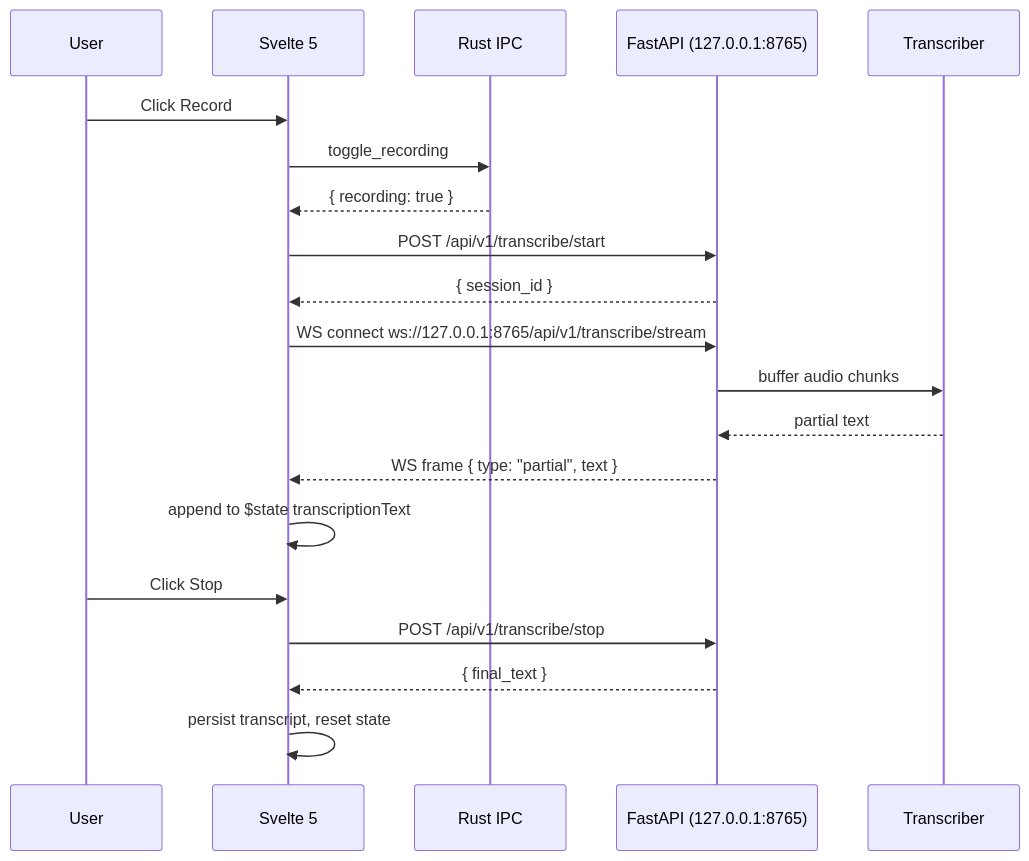
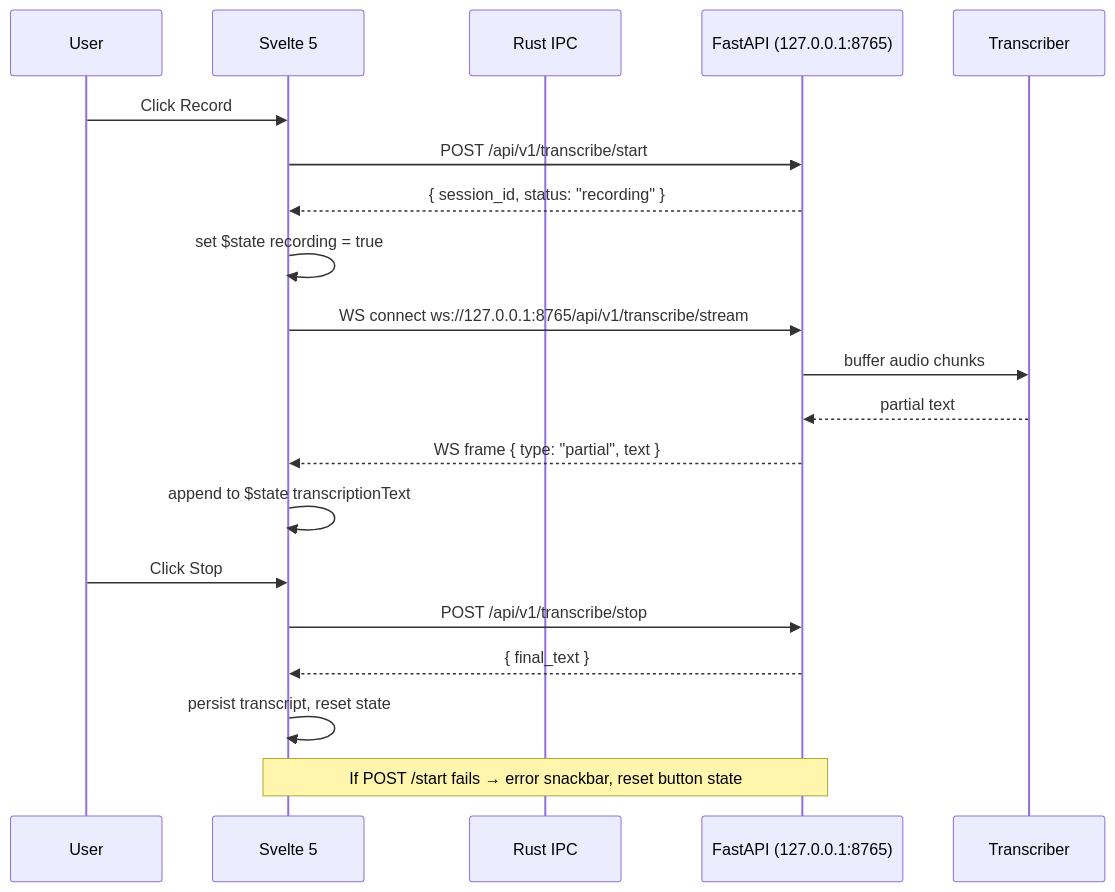
The third of 3 diagrams in openspec/changes/audio2text-v0.16.0-tauri-migration/design.md (CENFARG/Audio2TextCENF), drawn with Mermaid before and after one commit. The commit also changed other lines of this file and 3 other files, not shown here.

Commit message:
fix(sdd): resolve all 11 judgment day findings — sidecar, pnpm-workspace, WS reconnect, dark/light, permissions, race condition, ~400 lines Rust, slice split, missing components, MockApiClient

````diff
--- a/openspec/changes/audio2text-v0.16.0-tauri-migration/design.md
+++ b/openspec/changes/audio2text-v0.16.0-tauri-migration/design.md
@@ -93,23 +97,23 @@
 ```mermaid
 sequenceDiagram
     participant User as User
     participant UI as Svelte 5
     participant Rust as Rust IPC
     participant API as FastAPI (127.0.0.1:8765)
     participant ASR as Transcriber
 
     User->>UI: Click Record
-    UI->>Rust: toggle_recording
-    Rust-->>UI: { recording: true }
     UI->>API: POST /api/v1/transcribe/start
-    API-->>UI: { session_id }
+    API-->>UI: { session_id, status: "recording" }
+    UI->>UI: set $state recording = true
     UI->>API: WS connect ws://127.0.0.1:8765/api/v1/transcribe/stream
     API->>ASR: buffer audio chunks
     ASR-->>API: partial text
     API-->>UI: WS frame { type: "partial", text }
     UI->>UI: append to $state transcriptionText
     User->>UI: Click Stop
     UI->>API: POST /api/v1/transcribe/stop
     API-->>UI: { final_text }
     UI->>UI: persist transcript, reset state
+    Note over UI,API: If POST /start fails → error snackbar, reset button state
 ```
````
